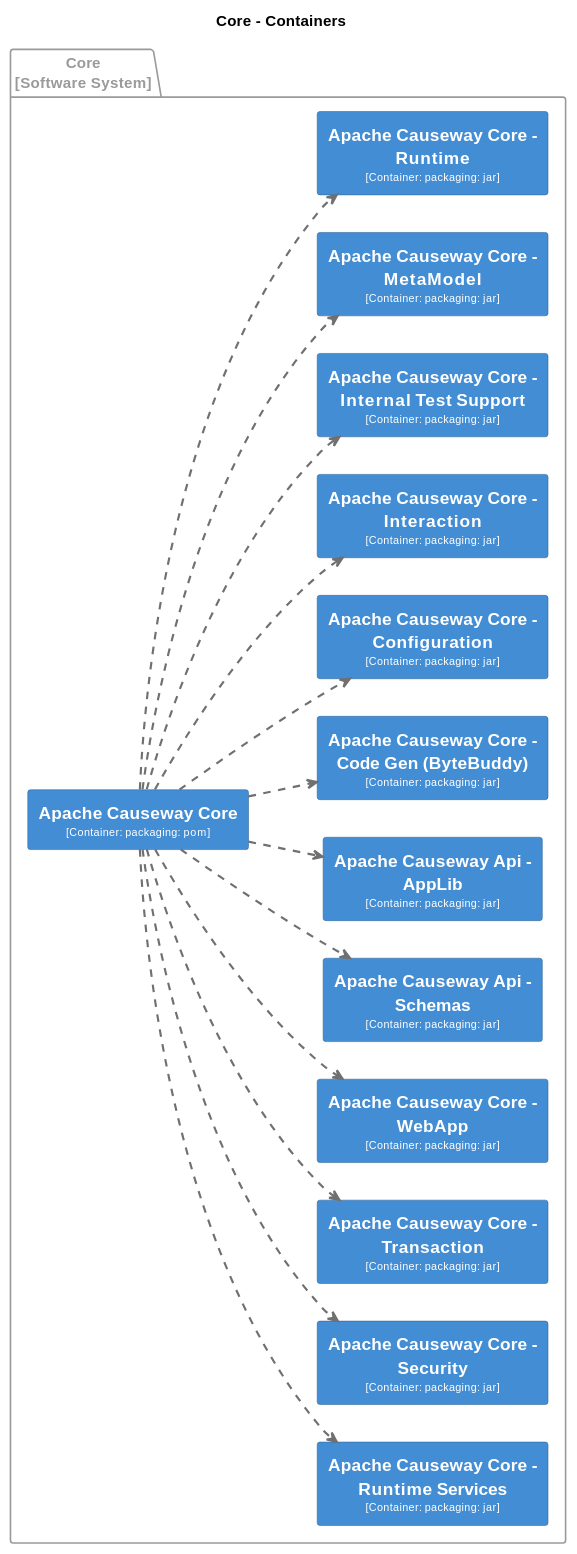
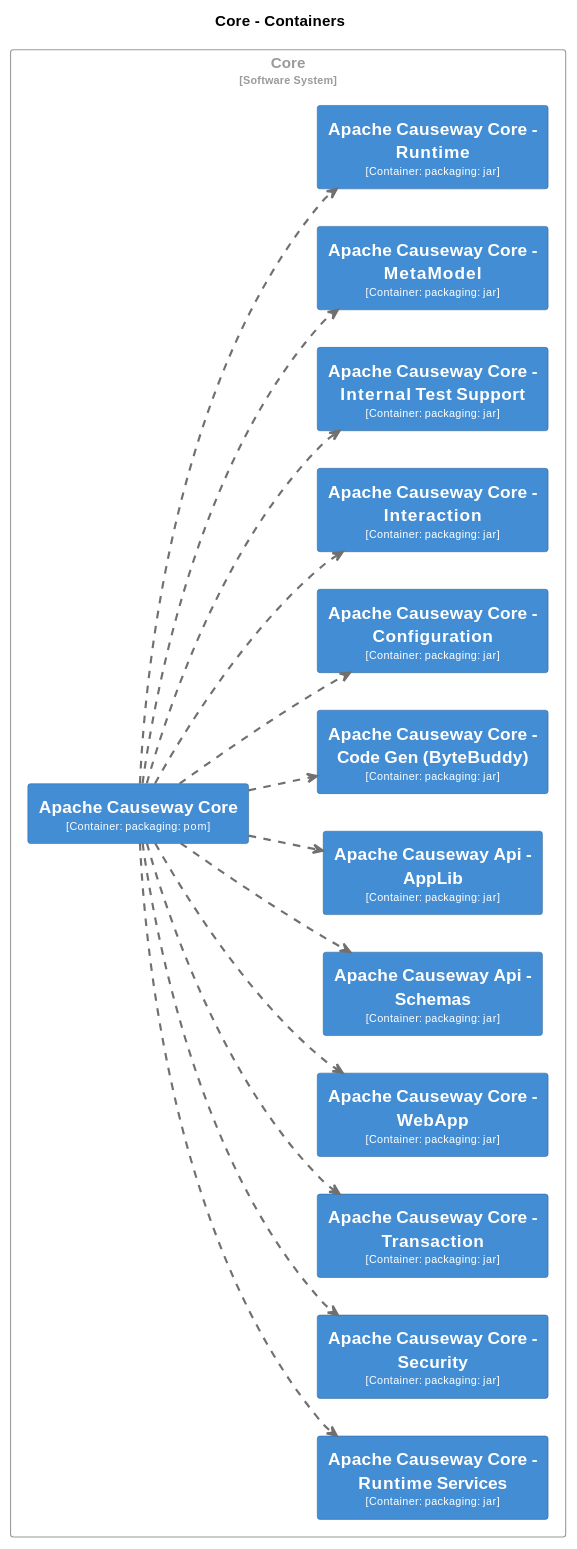
One commit to apache/causeway changed the seventh of 31 diagrams in core/adoc/modules/_overview/pages/about.adoc. Above: the diagram before and after it, drawn with PlantUML. The commit also changed other lines of this file and 4 other files, not shown here.

```diff
--- a/core/adoc/modules/_overview/pages/about.adoc
+++ b/core/adoc/modules/_overview/pages/about.adoc
@@ -1217,9 +1458,9 @@
   BorderColor #2e6295
 }
 
-package "Core\n[Software System]" <<Core>> {
-  skinparam PackageBorderColor<<Core>> #9a9a9a
-  skinparam PackageFontColor<<Core>> #9a9a9a
+rectangle "Core\n<size:10>[Software System]</size>" <<Core>> {
+  skinparam RectangleBorderColor<<Core>> #9a9a9a
+  skinparam RectangleFontColor<<Core>> #9a9a9a
 
   rectangle "==Apache Causeway Core - Runtime Services\n<size:10>[Container: packaging: jar]</size>" <<Core.ApacheCausewayCoreRuntimeServices>> as Core.ApacheCausewayCoreRuntimeServices
   rectangle "==Apache Causeway Core - Security\n<size:10>[Container: packaging: jar]</size>" <<Core.ApacheCausewayCoreSecurity>> as Core.ApacheCausewayCoreSecurity
```
